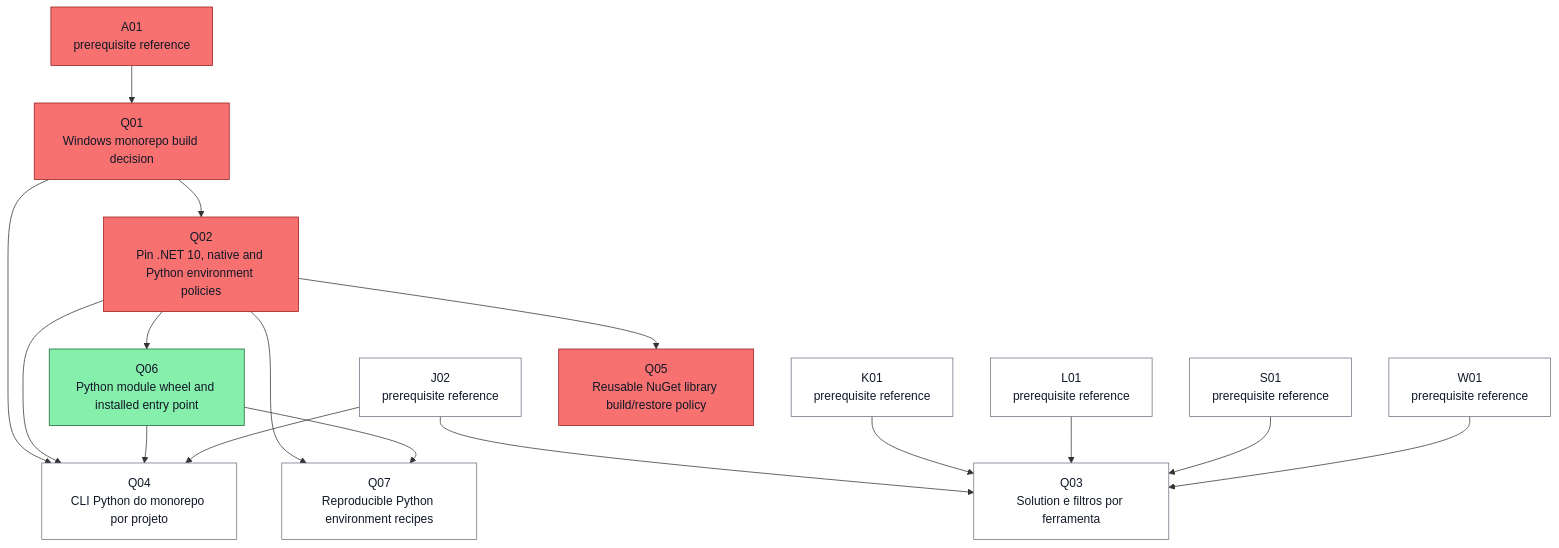
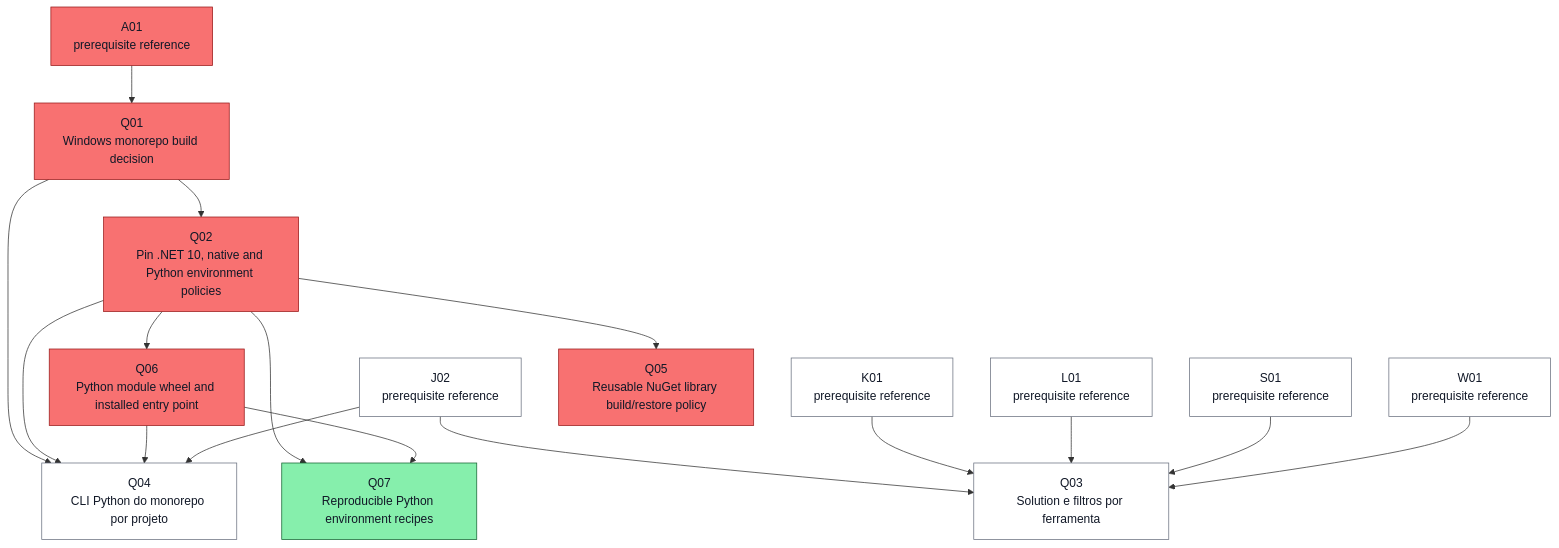
Before and after one commit to ocarizr/spaceraiders: diagram 18 of 25 in docs/task-dependencies.md, drawn with Mermaid. The commit also changed other lines of this file and 9 other files, not shown here.

First line of the commit message:
build(Q06): add packaged wheel builder and installed entry points (#19)

````diff
--- a/docs/task-dependencies.md
+++ b/docs/task-dependencies.md
@@ -876,34 +877,34 @@
 ```mermaid
 flowchart TD
     ref_Q_A01["A01<br/>prerequisite reference"]:::done
     ref_Q_J02["J02<br/>prerequisite reference"]:::pending
     ref_Q_K01["K01<br/>prerequisite reference"]:::pending
     ref_Q_L01["L01<br/>prerequisite reference"]:::pending
     ref_Q_S01["S01<br/>prerequisite reference"]:::pending
     ref_Q_W01["W01<br/>prerequisite reference"]:::pending
     Q01["Q01<br/>Windows monorepo build decision"]:::done
     Q02["Q02<br/>Pin .NET 10, native and Python environment policies"]:::done
     Q03["Q03<br/>Solution e filtros por ferramenta"]:::pending
     Q04["Q04<br/>CLI Python do monorepo por projeto"]:::pending
     Q05["Q05<br/>Reusable NuGet library build/restore policy"]:::done
-    Q06["Q06<br/>Python module wheel and installed entry point"]:::ready
-    Q07["Q07<br/>Reproducible Python environment recipes"]:::pending
+    Q06["Q06<br/>Python module wheel and installed entry point"]:::done
+    Q07["Q07<br/>Reproducible Python environment recipes"]:::ready
     ref_Q_A01 --> Q01
     Q01 --> Q02
     ref_Q_J02 --> Q03
     ref_Q_K01 --> Q03
     ref_Q_L01 --> Q03
     ref_Q_S01 --> Q03
     ref_Q_W01 --> Q03
     Q01 --> Q04
     Q02 --> Q04
     Q06 --> Q04
     ref_Q_J02 --> Q04
     Q02 --> Q05
     Q02 --> Q06
     Q02 --> Q07
     Q06 --> Q07
     classDef pending fill:#ffffff,stroke:#6b7280,color:#111827
     classDef ready fill:#86efac,stroke:#166534,color:#111827
     classDef done fill:#f87171,stroke:#991b1b,color:#111827
 ```
````
